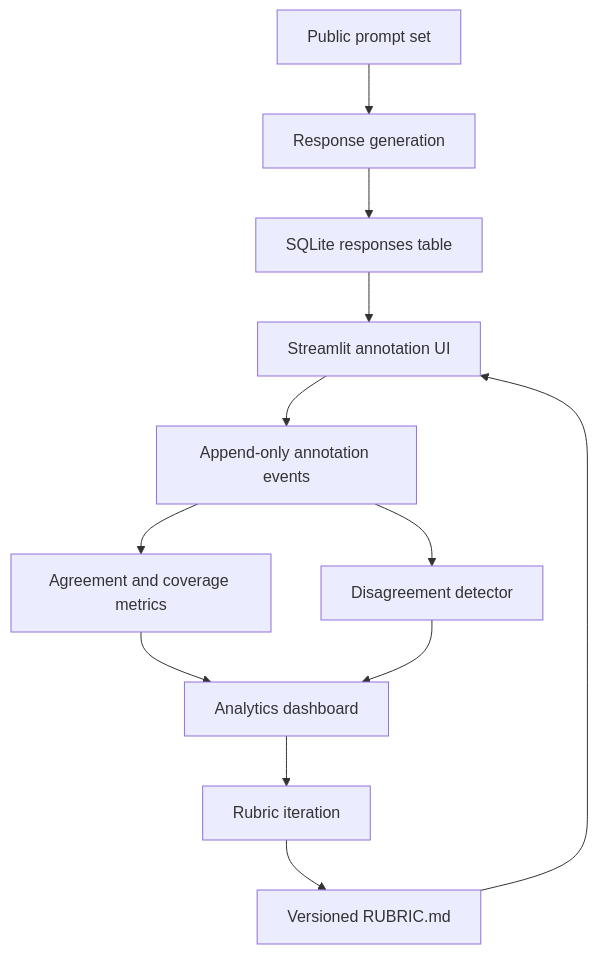
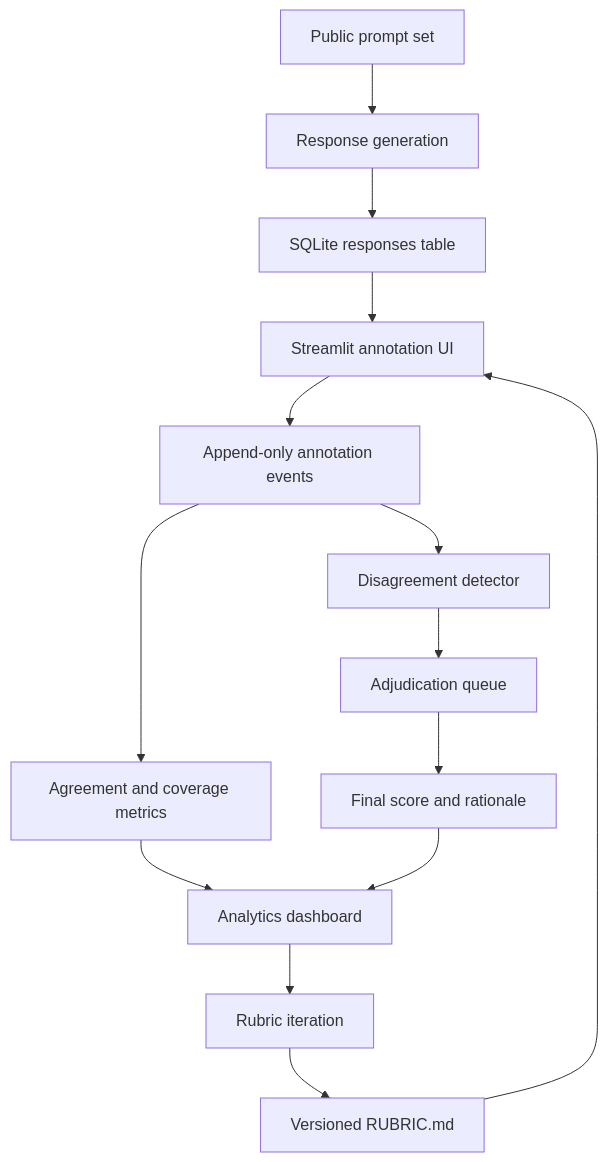
Before and after one commit to Ning-H/llm-eval-human-annotation-harness: the diagram in docs/architecture.md, drawn with Mermaid. The commit also changed other lines of this file and 16 other files, not shown here.

Commit message:
Add adjudication and quality operations dashboard

````diff
--- a/docs/architecture.md
+++ b/docs/architecture.md
@@ -3,14 +3,16 @@
 ```mermaid
 flowchart TD
     A["Public prompt set"] --> B["Response generation"]
     B --> C["SQLite responses table"]
     C --> D["Streamlit annotation UI"]
     E["Versioned RUBRIC.md"] --> D
     D --> F["Append-only annotation events"]
     F --> G["Agreement and coverage metrics"]
     F --> H["Disagreement detector"]
-    G --> I["Analytics dashboard"]
-    H --> I
-    I --> J["Rubric iteration"]
-    J --> E
+    H --> I["Adjudication queue"]
+    I --> J["Final score and rationale"]
+    G --> K["Analytics dashboard"]
+    J --> K
+    K --> L["Rubric iteration"]
+    L --> E
 ```
````
